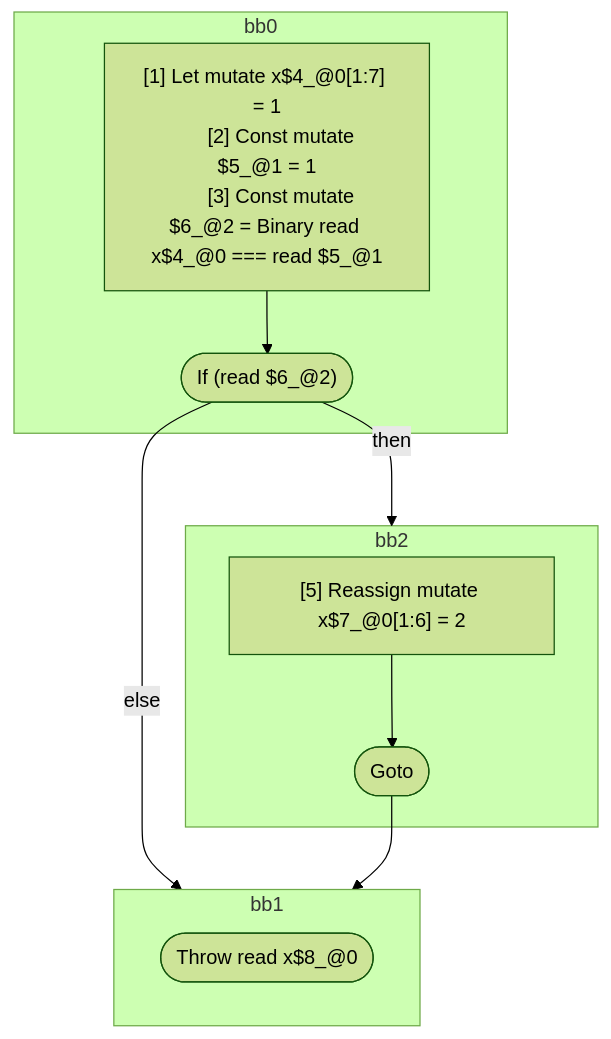
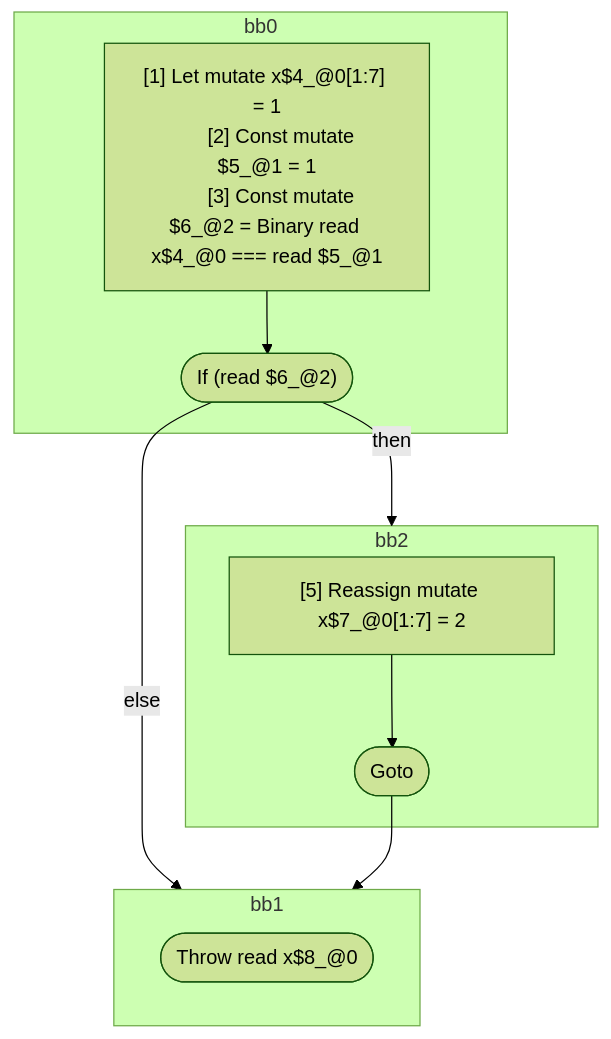
The diagram in compiler/forget/src/__tests__/fixtures/hir/ssa-throw.expect.md (wutsmog/private), drawn with Mermaid (forest theme) before and after one commit. The commit also changed other lines of this file and 30 other files, not shown here.

First line of the commit message:
Merge scopes that interleave or cross control-flow boundaries together

````diff
--- a/compiler/forget/src/__tests__/fixtures/hir/ssa-throw.expect.md
+++ b/compiler/forget/src/__tests__/fixtures/hir/ssa-throw.expect.md
@@ -35,27 +35,27 @@
 ```mermaid
 flowchart TB
   %% Basic Blocks
   subgraph bb0
     bb0_instrs["
       [1] Let mutate x$4_@0[1:7] = 1
       [2] Const mutate $5_@1 = 1
       [3] Const mutate $6_@2 = Binary read x$4_@0 === read $5_@1
     "]
     bb0_instrs --> bb0_terminal(["If (read $6_@2)"])
   end
   subgraph bb2
     bb2_instrs["
-      [5] Reassign mutate x$7_@0[1:6] = 2
+      [5] Reassign mutate x$7_@0[1:7] = 2
     "]
     bb2_instrs --> bb2_terminal(["Goto"])
   end
   subgraph bb1
     bb1_terminal(["Throw read x$8_@0"])
   end
 
   %% Jumps
   bb0_terminal -- "then" --> bb2
   bb0_terminal -- "else" --> bb1
   bb2_terminal --> bb1
 
 ```
````
